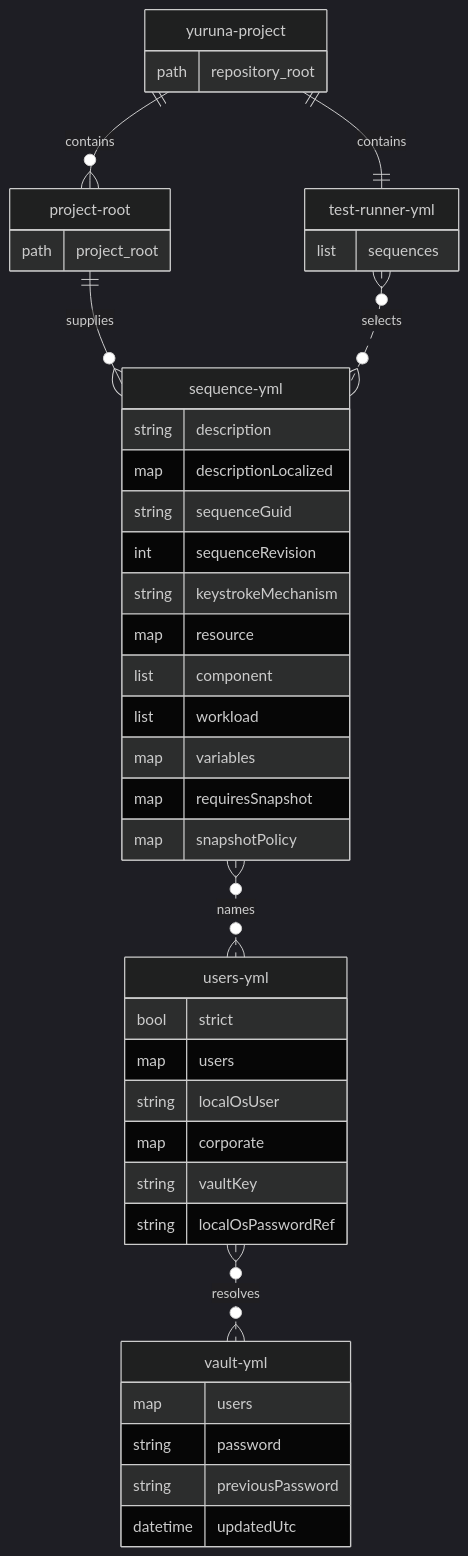
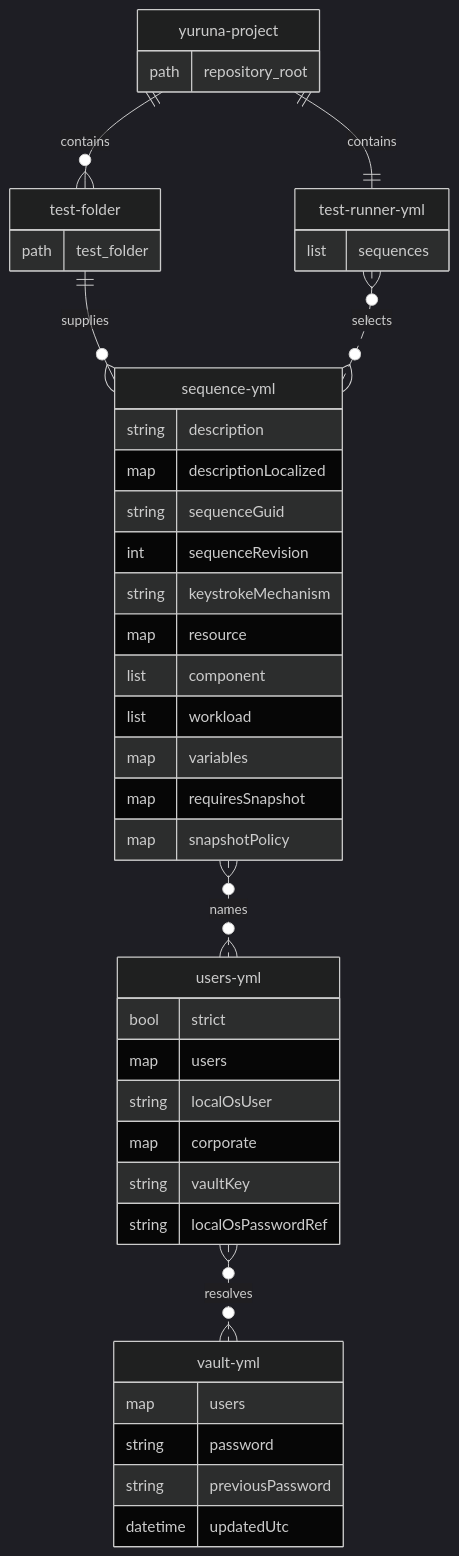
The third of 3 diagrams in docs/design/05-data-model.md (alissonsol/yuruna), drawn with Mermaid (dark theme) before and after one commit. The commit also changed other lines of this file and 1409 other files, not shown here.

````diff
--- a/docs/design/05-data-model.md
+++ b/docs/design/05-data-model.md
@@ -185,45 +199,45 @@
 ```mermaid
 erDiagram
-    yuruna-project ||--o{ project-root : contains
+    yuruna-project ||--o{ test-folder : contains
     yuruna-project ||--|| test-runner-yml : contains
-    project-root ||--o{ sequence-yml : supplies
+    test-folder ||--o{ sequence-yml : supplies
     test-runner-yml }o..o{ sequence-yml : selects
     sequence-yml }o..o{ users-yml : names
     users-yml }o..o{ vault-yml : resolves
     yuruna-project {
         path repository_root
     }
-    project-root {
-        path project_root
+    test-folder {
+        path test_folder
     }
     test-runner-yml {
         list sequences
     }
     sequence-yml {
         string description
         map descriptionLocalized
         string sequenceGuid
         int sequenceRevision
         string keystrokeMechanism
         map resource
         list component
         list workload
         map variables
         map requiresSnapshot
         map snapshotPolicy
     }
     users-yml {
         bool strict
         map users
         string localOsUser
         map corporate
         string vaultKey
         string localOsPasswordRef
     }
     vault-yml {
         map users
         string password
         string previousPassword
         datetime updatedUtc
     }
 ```
````
